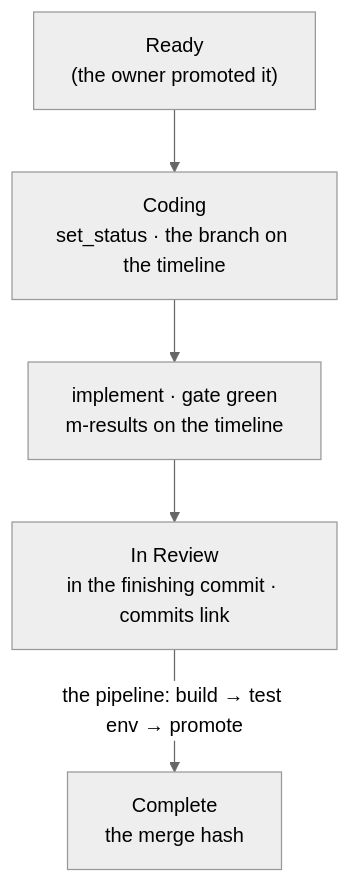
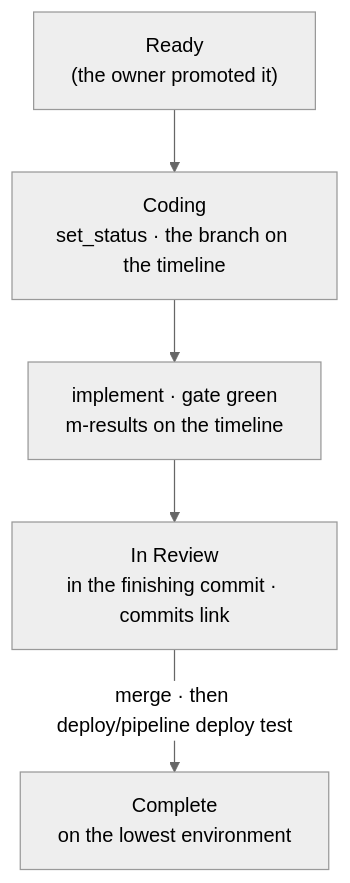
Before and after one commit to hypermemetic-ai/menger-skills: the diagram in building/SKILL.md, drawn with Mermaid (neutral theme). The commit also changed other lines of this file, not shown here.

Commit message:
building: Complete means the work runs on the lowest environment — the merge links its commit and leaves the ticket In Review, the deploy to test completes it; a repository with no environment, its merge (owner, 2026-10-17; DEPLOY-22)

````diff
--- a/building/SKILL.md
+++ b/building/SKILL.md
@@ -17,7 +17,7 @@
 ```mermaid
 graph TD
   R["Ready<br/>(the owner promoted it)"] --> C["Coding<br/>set_status · the branch on the timeline"]
   C --> I["implement · gate green<br/>m-results on the timeline"]
   I --> V["In Review<br/>in the finishing commit · commits link"]
-  V -->|"the pipeline: build → test env → promote"| D["Complete<br/>the merge hash"]
+  V -->|"merge · then deploy/pipeline deploy test"| D["Complete<br/>on the lowest environment"]
 ```
````
